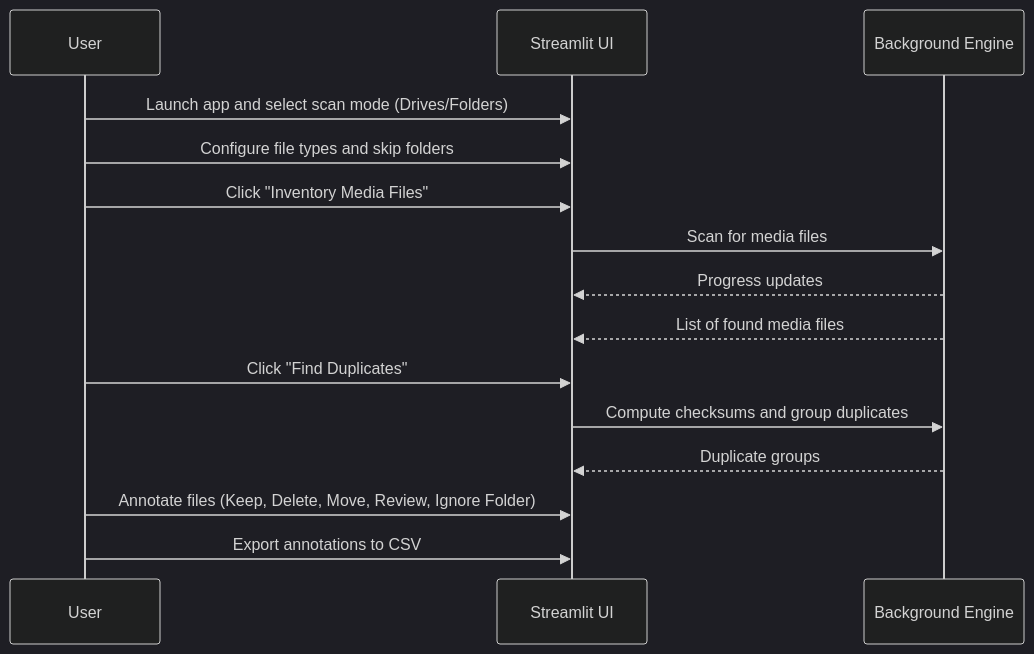
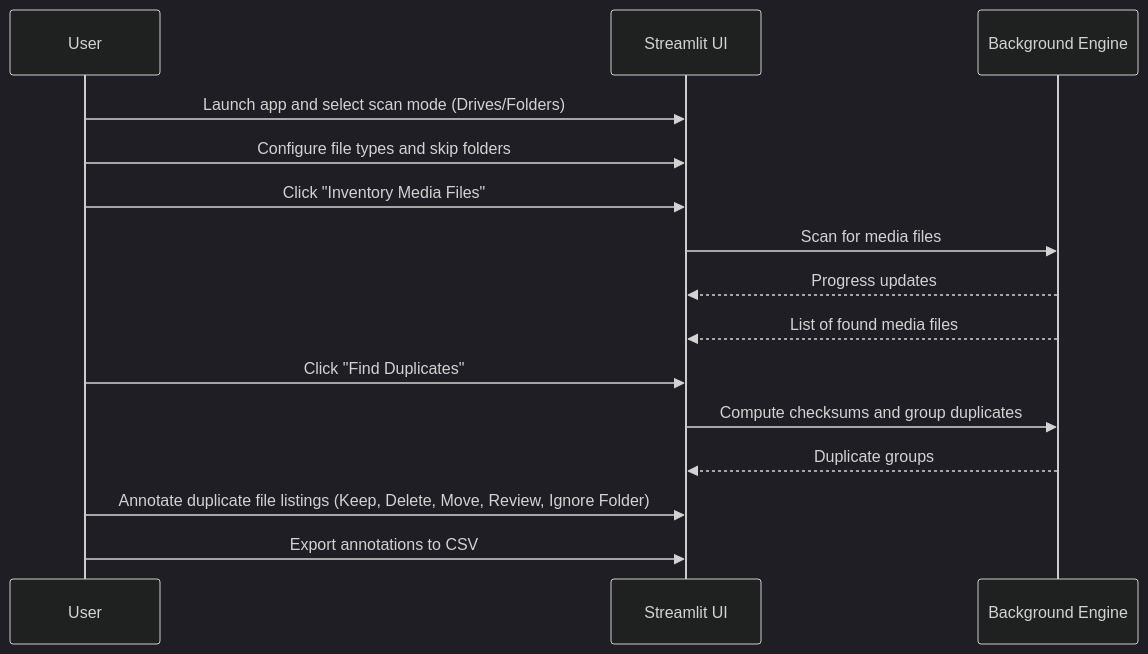
The diagram in README.md (dstaulcu/duplicate_media_finder), drawn with Mermaid (dark theme) before and after one commit. The commit also changed other lines of this file and 1 other file, not shown here.

````diff
--- a/README.md
+++ b/README.md
@@ -38,17 +37,17 @@
 ```mermaid
 sequenceDiagram
     participant User
     participant UI as Streamlit UI
     participant Engine as Background Engine
     User->>UI: Launch app and select scan mode (Drives/Folders)
     User->>UI: Configure file types and skip folders
     User->>UI: Click "Inventory Media Files"
     UI->>Engine: Scan for media files
     Engine-->>UI: Progress updates
     Engine-->>UI: List of found media files
     User->>UI: Click "Find Duplicates"
     UI->>Engine: Compute checksums and group duplicates
     Engine-->>UI: Duplicate groups
-    User->>UI: Annotate files (Keep, Delete, Move, Review, Ignore Folder)
+    User->>UI: Annotate duplicate file listings (Keep, Delete, Move, Review, Ignore Folder)
     User->>UI: Export annotations to CSV
 ```
````
